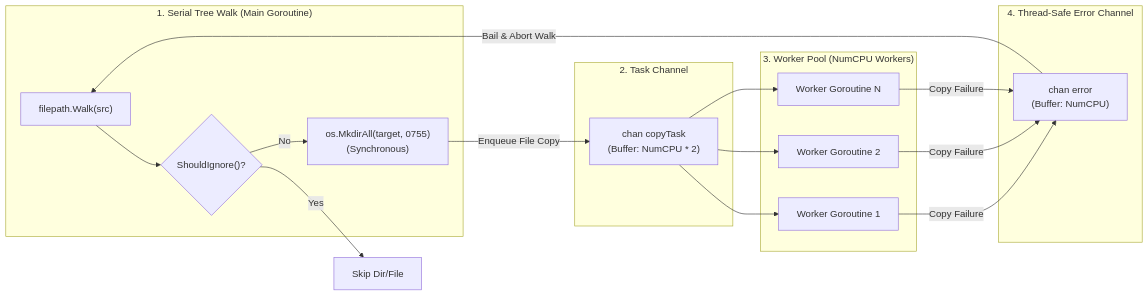
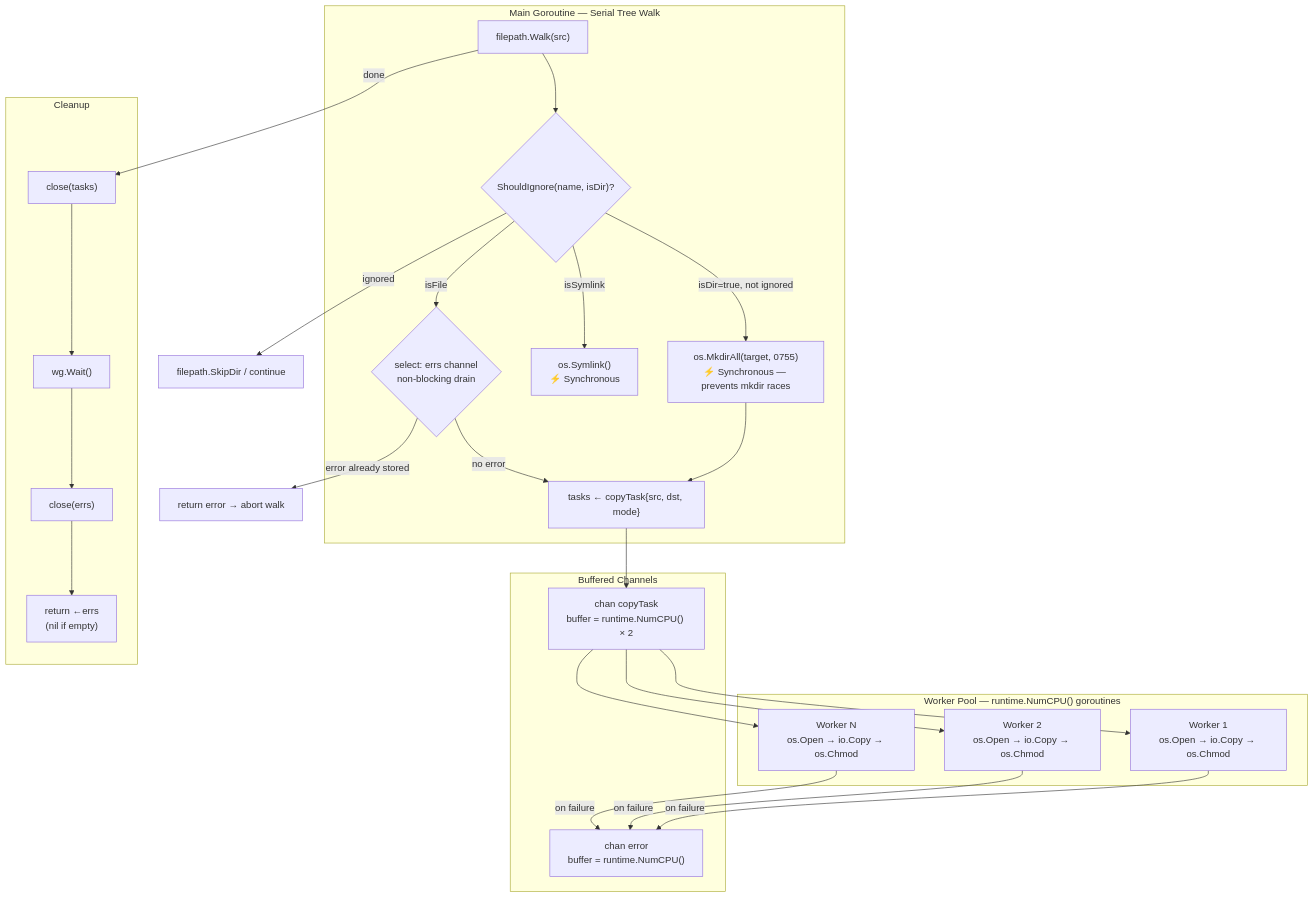
One commit to UmairAhmedImran/eko changed the fourth of 17 diagrams in ARCHITECTURE.md. Above: the diagram before and after it, drawn with Mermaid. The commit also changed other lines of this file, not shown here.

First line of the commit message:
docs: completely rewrite ARCHITECTURE.md with 15 comprehensive diagrams

````diff
--- a/ARCHITECTURE.md
+++ b/ARCHITECTURE.md
@@ -68,37 +184,43 @@
 ```mermaid
-graph LR
-    subgraph TreeWalker ["1. Serial Tree Walk (Main Goroutine)"]
+graph TD
+    subgraph Main["Main Goroutine — Serial Tree Walk"]
         Walk["filepath.Walk(src)"]
-        Filter{"ShouldIgnore()?"}
-        Mkdir["os.MkdirAll(target, 0755)\n(Synchronous)"]
+        Filter{"ShouldIgnore(name, isDir)?"}
+        MkDir["os.MkdirAll(target, 0755)\n⚡ Synchronous — prevents mkdir races"]
+        Symlink["os.Symlink()\n⚡ Synchronous"]
+        EarlyBail{"select: errs channel\nnon-blocking drain"}
+        Enqueue["tasks ← copyTask{src, dst, mode}"]
     end
 
-    subgraph Queue ["2. Task Channel"]
-        TaskChan["chan copyTask\n(Buffer: NumCPU * 2)"]
+    subgraph Chan["Buffered Channels"]
+        TaskChan["chan copyTask\nbuffer = runtime.NumCPU() × 2"]
+        ErrChan["chan error\nbuffer = runtime.NumCPU()"]
     end
 
-    subgraph WorkerPool ["3. Worker Pool (NumCPU Workers)"]
-        W1["Worker Goroutine 1"]
-        W2["Worker Goroutine 2"]
-        W3["Worker Goroutine N"]
+    subgraph Pool["Worker Pool — runtime.NumCPU() goroutines"]
+        W1["Worker 1\nos.Open → io.Copy → os.Chmod"]
+        W2["Worker 2\nos.Open → io.Copy → os.Chmod"]
+        WN["Worker N\nos.Open → io.Copy → os.Chmod"]
     end
 
-    subgraph ErrorBus ["4. Thread-Safe Error Channel"]
-        ErrChan["chan error\n(Buffer: NumCPU)"]
+    subgraph Drain["Cleanup"]
+        CloseTask["close(tasks)"]
+        WGWait["wg.Wait()"]
+        CloseErr["close(errs)"]
+        RetErr["return ←errs\n(nil if empty)"]
     end
 
     Walk --> Filter
-    Filter -->|No| Mkdir
-    Mkdir -->|Enqueue File Copy| TaskChan
-    Filter -->|Yes| Skip["Skip Dir/File"]
+    Filter -->|"isDir=true, not ignored"| MkDir --> Enqueue
+    Filter -->|"isSymlink"| Symlink
+    Filter -->|"ignored"| Skip["filepath.SkipDir / continue"]
+    Filter -->|"isFile"| EarlyBail
+    EarlyBail -->|"no error"| Enqueue
+    EarlyBail -->|"error already stored"| AbortWalk["return error → abort walk"]
 
-    TaskChan --> W1
-    TaskChan --> W2
-    TaskChan --> W3
+    Enqueue --> TaskChan
+    TaskChan --> W1 & W2 & WN
+    W1 & W2 & WN -->|"on failure"| ErrChan
 
-    W1 -->|Copy Failure| ErrChan
-    W2 -->|Copy Failure| ErrChan
-    W3 -->|Copy Failure| ErrChan
-
-    ErrChan -->|Bail & Abort Walk| Walk
+    Walk -->|"done"| CloseTask --> WGWait --> CloseErr --> RetErr
 ```
````
